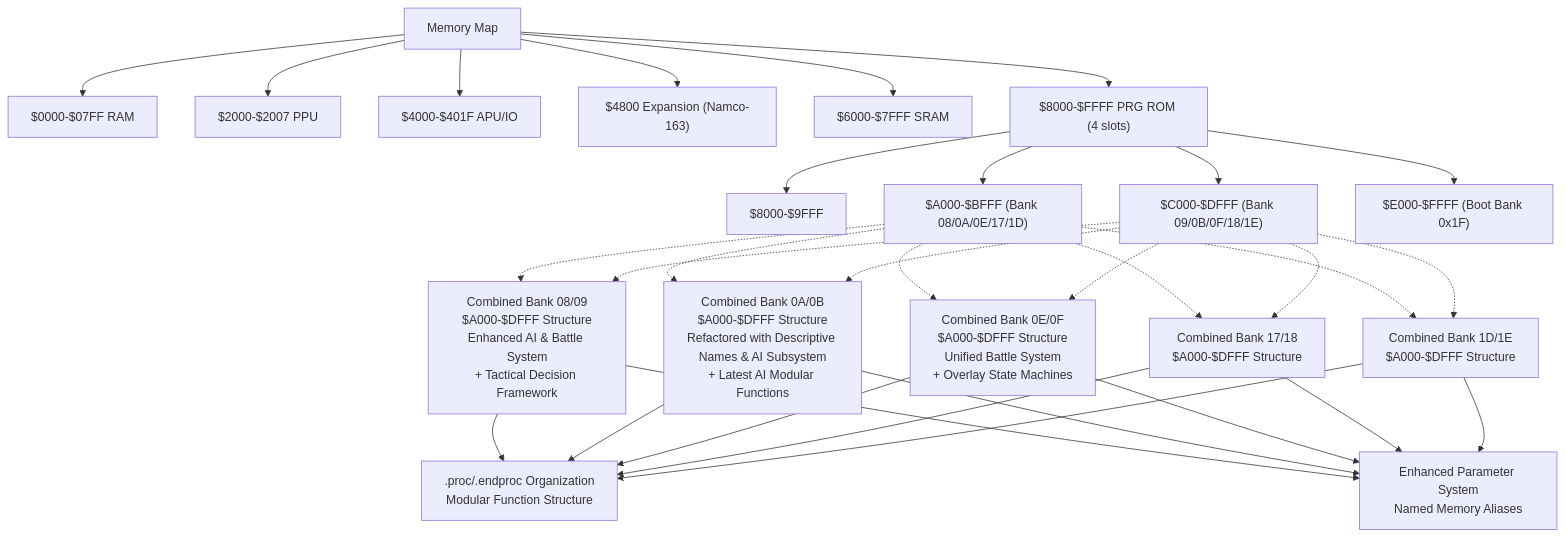
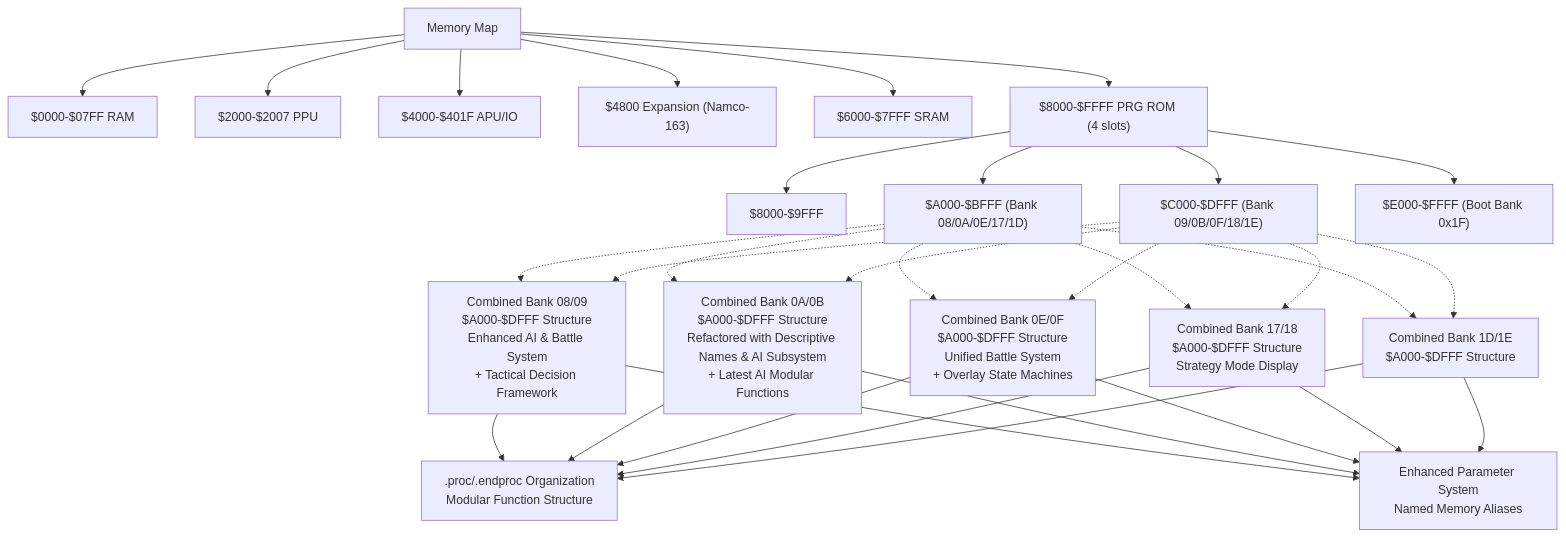
The third of 22 diagrams in .qoder/repowiki/en/content/Assembly Architecture/Assembly Architecture.md (rabbyzero/sango2dasm), drawn with Mermaid before and after one commit. The commit also changed other lines of this file and 117 other files, not shown here.

````diff
--- a/.qoder/repowiki/en/content/Assembly Architecture/Assembly Architecture.md
+++ b/.qoder/repowiki/en/content/Assembly Architecture/Assembly Architecture.md
@@ -454,40 +458,40 @@
 ```mermaid
 flowchart TD
 MEM["Memory Map"] --> RAM["$0000-$07FF RAM"]
 MEM --> PPUREG["$2000-$2007 PPU"]
 MEM --> IOREG["$4000-$401F APU/IO"]
 MEM --> EXPROM["$4800 Expansion (Namco-163)"]
 MEM --> SRAM["$6000-$7FFF SRAM"]
 MEM --> PRG["$8000-$FFFF PRG ROM (4 slots)"]
 PRG --> SLOT0["$8000-$9FFF"]
 PRG --> SLOT1["$A000-$BFFF (Bank 08/0A/0E/17/1D)"]
 PRG --> SLOT2["$C000-$DFFF (Bank 09/0B/0F/18/1E)"]
 PRG --> SLOT3["$E000-$FFFF (Boot Bank 0x1F)"]
 COMBINED08_09["Combined Bank 08/09<br/>$A000-$DFFF Structure<br/>Enhanced AI & Battle System<br/>+ Tactical Decision Framework"]
 COMBINED0A_0B["Combined Bank 0A/0B<br/>$A000-$DFFF Structure<br/>Refactored with Descriptive Names & AI Subsystem<br/>+ Latest AI Modular Functions"]
 COMBINED0E_0F["Combined Bank 0E/0F<br/>$A000-$DFFF Structure<br/>Unified Battle System<br/>+ Overlay State Machines"]
-COMBINED17_18["Combined Bank 17/18<br/>$A000-$DFFF Structure"]
+COMBINED17_18["Combined Bank 17/18<br/>$A000-$DFFF Structure<br/>Strategy Mode Display"]
 COMBINED1D_1E["Combined Bank 1D/1E<br/>$A000-$DFFF Structure"]
 SLOT1 -.-> COMBINED08_09
 SLOT1 -.-> COMBINED0A_0B
 SLOT1 -.-> COMBINED0E_0F
 SLOT1 -.-> COMBINED17_18
 SLOT1 -.-> COMBINED1D_1E
 SLOT2 -.-> COMBINED08_09
 SLOT2 -.-> COMBINED0A_0B
 SLOT2 -.-> COMBINED0E_0F
 SLOT2 -.-> COMBINED17_18
 SLOT2 -.-> COMBINED1D_1E
 PROC[".proc/.endproc Organization<br/>Modular Function Structure"]
 PARAMSYS["Enhanced Parameter System<br/>Named Memory Aliases"]
 COMBINED08_09 --> PROC
 COMBINED08_09 --> PARAMSYS
 COMBINED0A_0B --> PROC
 COMBINED0A_0B --> PARAMSYS
 COMBINED0E_0F --> PROC
 COMBINED0E_0F --> PARAMSYS
 COMBINED17_18 --> PROC
 COMBINED17_18 --> PARAMSYS
 COMBINED1D_1E --> PROC
 COMBINED1D_1E --> PARAMSYS
 ```
````
